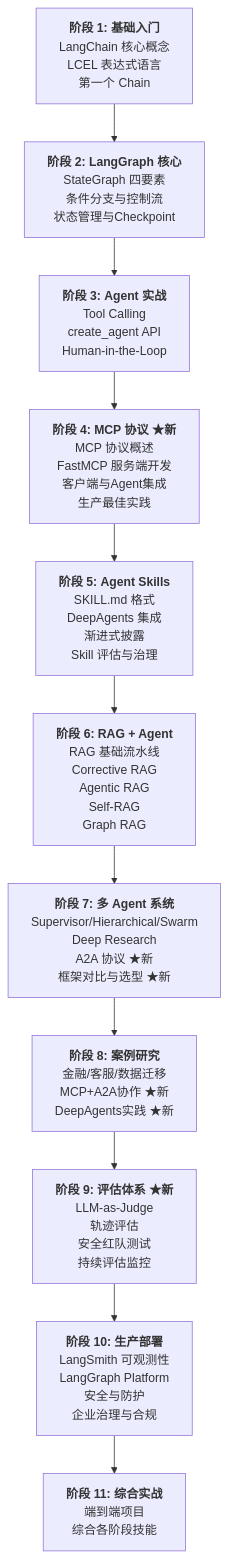
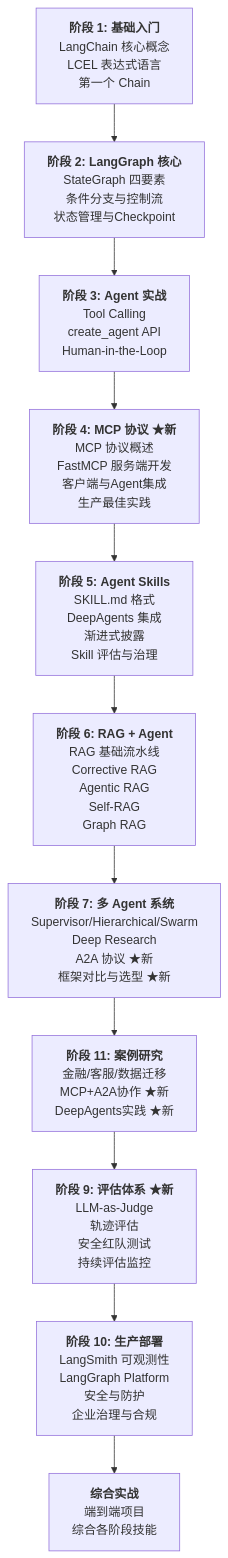
The second of 2 diagrams in agent-learning-path/00-入口/01-学习路线总览.md (keyuanweb/ai-learning-path), drawn with Mermaid before and after one commit. The commit also changed other lines of this file and 176 other files, not shown here.

First line of the commit message:
docs: 全仓库文档校对修复——错别字/失效链接/Mermaid图/源码引用

````diff
--- a/agent-learning-path/00-入口/01-学习路线总览.md
+++ b/agent-learning-path/00-入口/01-学习路线总览.md
@@ -43,17 +43,17 @@
 ```mermaid
 flowchart TD
     S1["<b>阶段 1: 基础入门</b><br/>LangChain 核心概念<br/>LCEL 表达式语言<br/>第一个 Chain"]
     S2["<b>阶段 2: LangGraph 核心</b><br/>StateGraph 四要素<br/>条件分支与控制流<br/>状态管理与Checkpoint"]
     S3["<b>阶段 3: Agent 实战</b><br/>Tool Calling<br/>create_agent API<br/>Human-in-the-Loop"]
     S4["<b>阶段 4: MCP 协议 ★新</b><br/>MCP 协议概述<br/>FastMCP 服务端开发<br/>客户端与Agent集成<br/>生产最佳实践"]
     S5["<b>阶段 5: Agent Skills</b><br/>SKILL.md 格式<br/>DeepAgents 集成<br/>渐进式披露<br/>Skill 评估与治理"]
     S6["<b>阶段 6: RAG + Agent</b><br/>RAG 基础流水线<br/>Corrective RAG<br/>Agentic RAG<br/>Self-RAG<br/>Graph RAG"]
     S7["<b>阶段 7: 多 Agent 系统</b><br/>Supervisor/Hierarchical/Swarm<br/>Deep Research<br/>A2A 协议 ★新<br/>框架对比与选型 ★新"]
-    S8["<b>阶段 8: 案例研究</b><br/>金融/客服/数据迁移<br/>MCP+A2A协作 ★新<br/>DeepAgents实践 ★新"]
+    S8["<b>阶段 11: 案例研究</b><br/>金融/客服/数据迁移<br/>MCP+A2A协作 ★新<br/>DeepAgents实践 ★新"]
     S9["<b>阶段 9: 评估体系 ★新</b><br/>LLM-as-Judge<br/>轨迹评估<br/>安全红队测试<br/>持续评估监控"]
     S10["<b>阶段 10: 生产部署</b><br/>LangSmith 可观测性<br/>LangGraph Platform<br/>安全与防护<br/>企业治理与合规"]
-    S11["<b>阶段 11: 综合实战</b><br/>端到端项目<br/>综合各阶段技能"]
+    S11["<b>综合实战</b><br/>端到端项目<br/>综合各阶段技能"]
 
     S1 --> S2 --> S3 --> S4 --> S5 --> S6 --> S7 --> S8
     S8 --> S9 --> S10 --> S11
 ```
````
